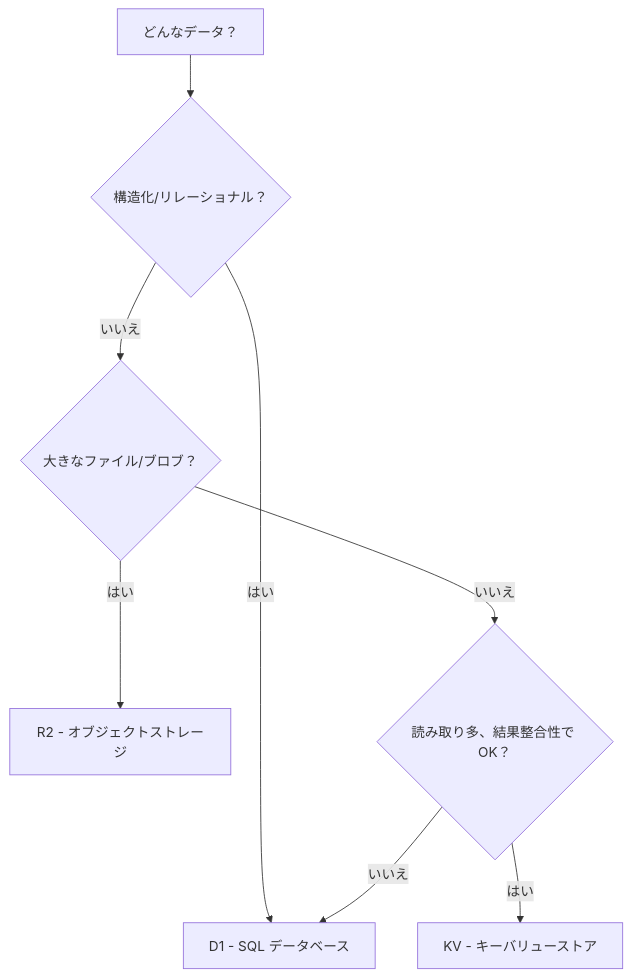
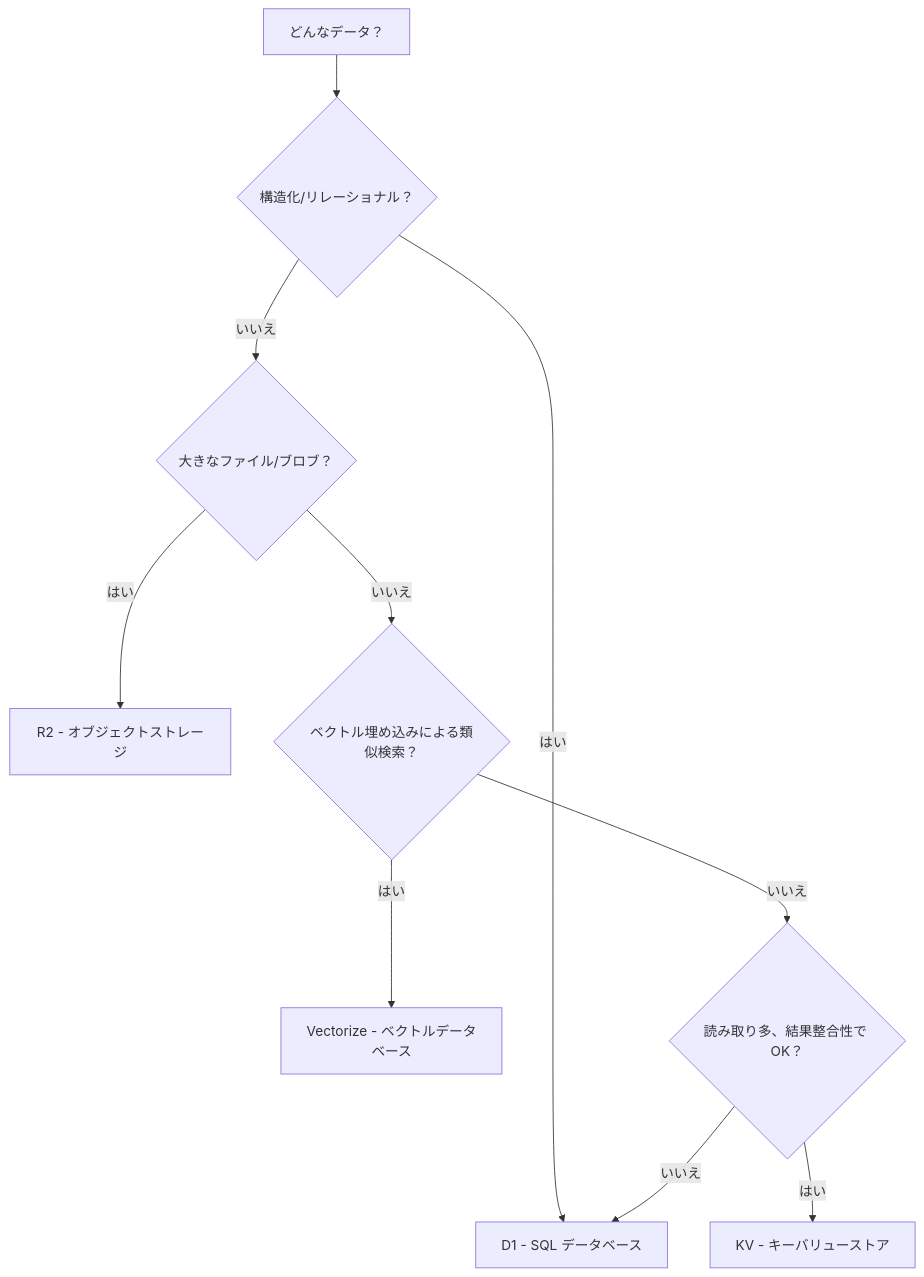
One commit to Takazudo/zudo-cloudflare-wisdom changed the diagram in src/content/docs-ja/storage/index.mdx. Above: the diagram before and after it, drawn with Mermaid. The commit also changed other lines of this file and 1 other file, not shown here.

First line of the commit message:
docs(storage): integrate Vectorize into storage index (EN + JA)

````diff
--- a/src/content/docs-ja/storage/index.mdx
+++ b/src/content/docs-ja/storage/index.mdx
@@ -19,10 +20,12 @@
 ```mermaid
 graph TD
   A[どんなデータ？] --> B{構造化/リレーショナル？}
   B -->|はい| C[D1 - SQL データベース]
   B -->|いいえ| D{大きなファイル/ブロブ？}
   D -->|はい| E[R2 - オブジェクトストレージ]
-  D -->|いいえ| F{読み取り多、結果整合性で OK？}
+  D -->|いいえ| H{ベクトル埋め込みによる類似検索？}
+  H -->|はい| I[Vectorize - ベクトルデータベース]
+  H -->|いいえ| F{読み取り多、結果整合性で OK？}
   F -->|はい| G[KV - キーバリューストア]
   F -->|いいえ| C
 ```
````
